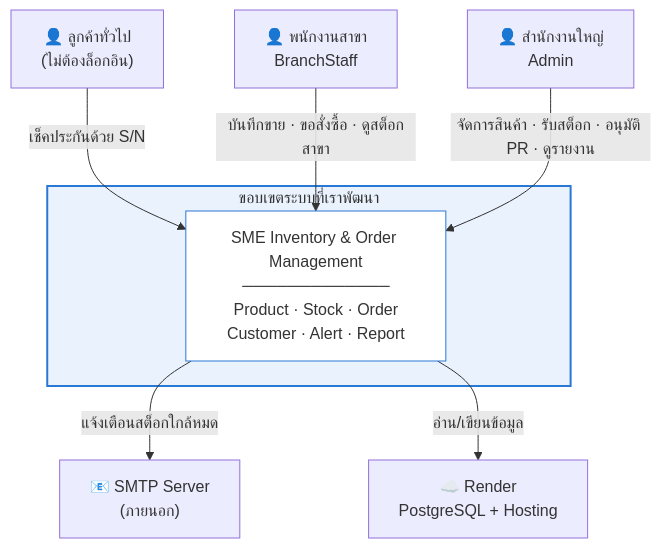
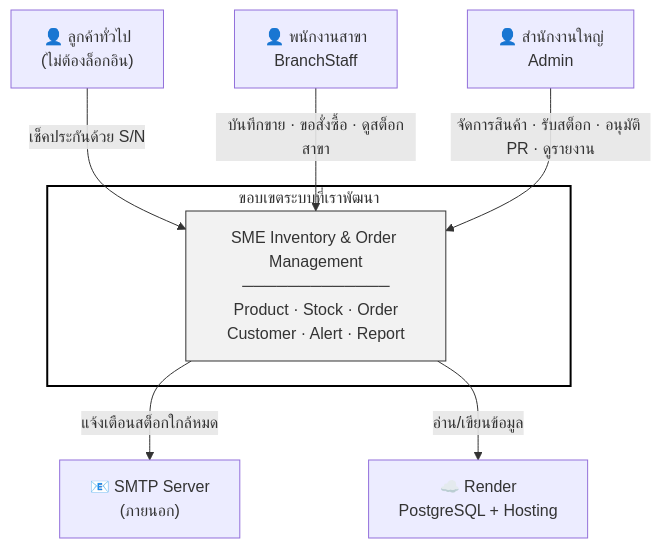
Before and after one commit to kit-sinlapasa/sme-inventory-system: the diagram in docs/diagrams/01.mmd, drawn with Mermaid. The commit also changed 12 other files, not shown here.

First line of the commit message:
docs: เพิ่ม Use Case Diagram ระดับ 0 และแปลงไดอะแกรมทั้งหมดเป็นขาว-ดำ (#33)

```diff
--- a/docs/diagrams/01.mmd
+++ b/docs/diagrams/01.mmd
@@ -1,20 +1,20 @@
 flowchart TB
     customer["👤 ลูกค้าทั่วไป<br/>(ไม่ต้องล็อกอิน)"]
     staff["👤 พนักงานสาขา<br/>BranchStaff"]
     admin["👤 สำนักงานใหญ่<br/>Admin"]
 
     subgraph boundary["ขอบเขตระบบที่เราพัฒนา"]
         sys["SME Inventory &amp; Order Management<br/>─────────────<br/>Product · Stock · Order<br/>Customer · Alert · Report"]
     end
 
     smtp["📧 SMTP Server<br/>(ภายนอก)"]
     render["☁️ Render<br/>PostgreSQL + Hosting"]
 
     customer -->|"เช็คประกันด้วย S/N"| sys
     staff -->|"บันทึกขาย · ขอสั่งซื้อ · ดูสต็อกสาขา"| sys
     admin -->|"จัดการสินค้า · รับสต็อก · อนุมัติ PR · ดูรายงาน"| sys
     sys -->|"แจ้งเตือนสต็อกใกล้หมด"| smtp
     sys -->|"อ่าน/เขียนข้อมูล"| render
 
-    style boundary fill:#eaf2fd,stroke:#2a78d6,stroke-width:2px
-    style sys fill:#fff,stroke:#2a78d6
+    style boundary fill:#ffffff,stroke:#000000,stroke-width:2px
+    style sys fill:#f2f2f2,stroke:#333333
```
